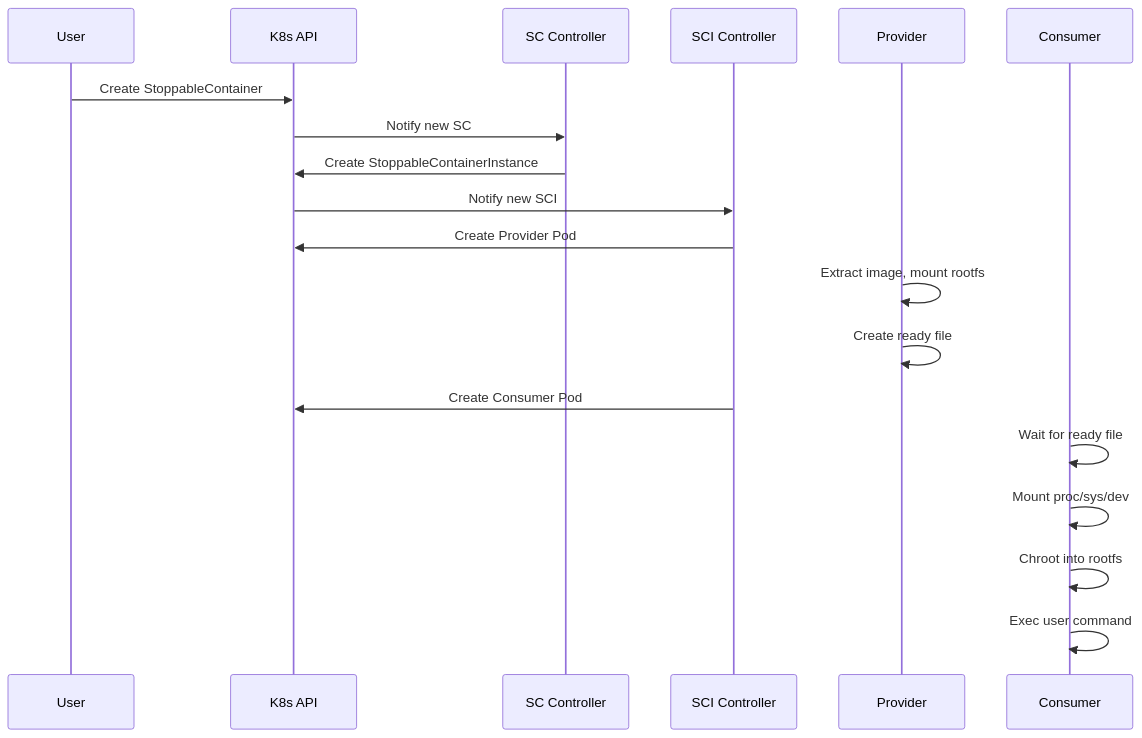
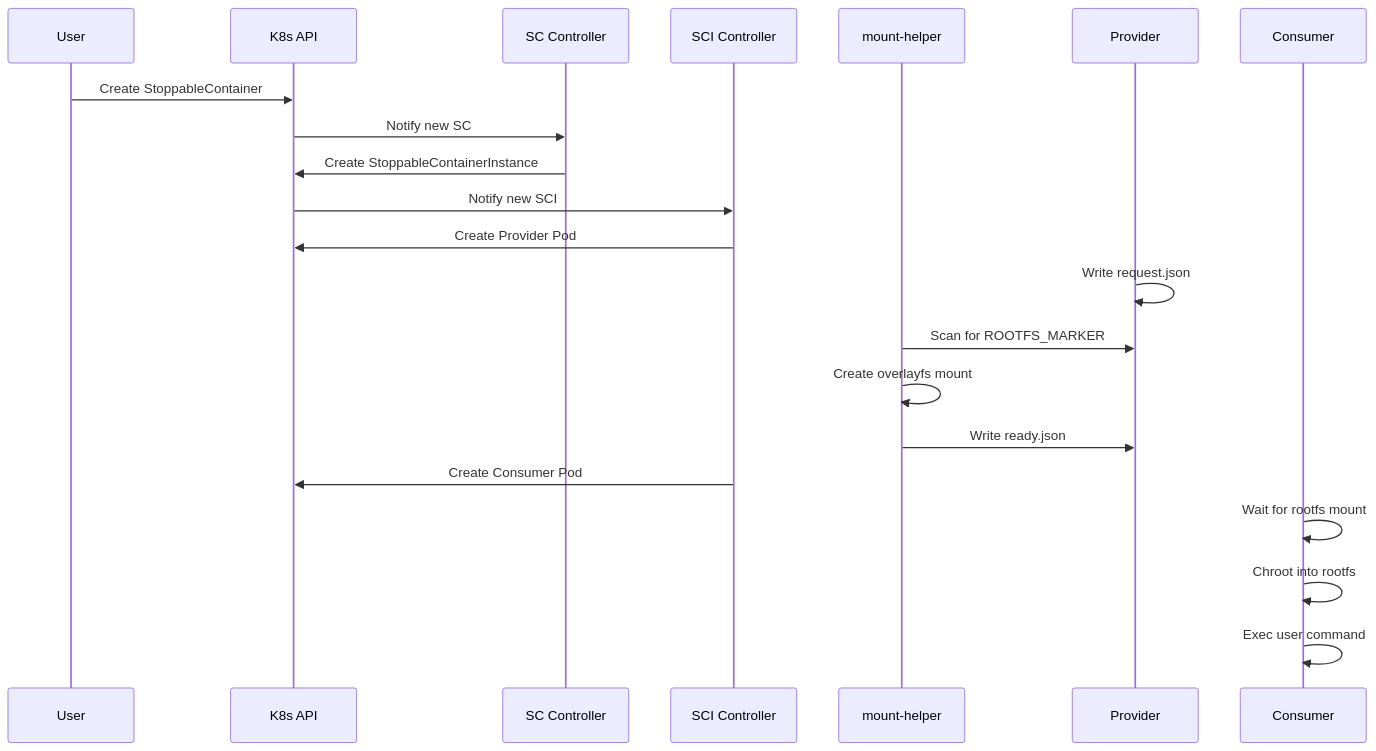
The first of 2 diagrams in docs-site/docs/concepts/architecture.md (xtlsoft/stoppablecontainer), drawn with Mermaid before and after one commit. The commit also changed other lines of this file and 15 other files, not shown here.

First line of the commit message:
docs: comprehensive documentation update for DaemonSet architecture

````diff
--- a/docs-site/docs/concepts/architecture.md
+++ b/docs-site/docs/concepts/architecture.md
@@ -111,22 +135,24 @@
 ```mermaid
 sequenceDiagram
     participant User
     participant K8s API
     participant SC Controller
     participant SCI Controller
+    participant mount-helper
     participant Provider
     participant Consumer
 
     User->>K8s API: Create StoppableContainer
     K8s API->>SC Controller: Notify new SC
     SC Controller->>K8s API: Create StoppableContainerInstance
     K8s API->>SCI Controller: Notify new SCI
     SCI Controller->>K8s API: Create Provider Pod
-    Provider->>Provider: Extract image, mount rootfs
-    Provider->>Provider: Create ready file
+    Provider->>Provider: Write request.json
+    mount-helper->>Provider: Scan for ROOTFS_MARKER
+    mount-helper->>mount-helper: Create overlayfs mount
+    mount-helper->>Provider: Write ready.json
     SCI Controller->>K8s API: Create Consumer Pod
-    Consumer->>Consumer: Wait for ready file
-    Consumer->>Consumer: Mount proc/sys/dev
+    Consumer->>Consumer: Wait for rootfs mount
     Consumer->>Consumer: Chroot into rootfs
     Consumer->>Consumer: Exec user command
 ```
````
